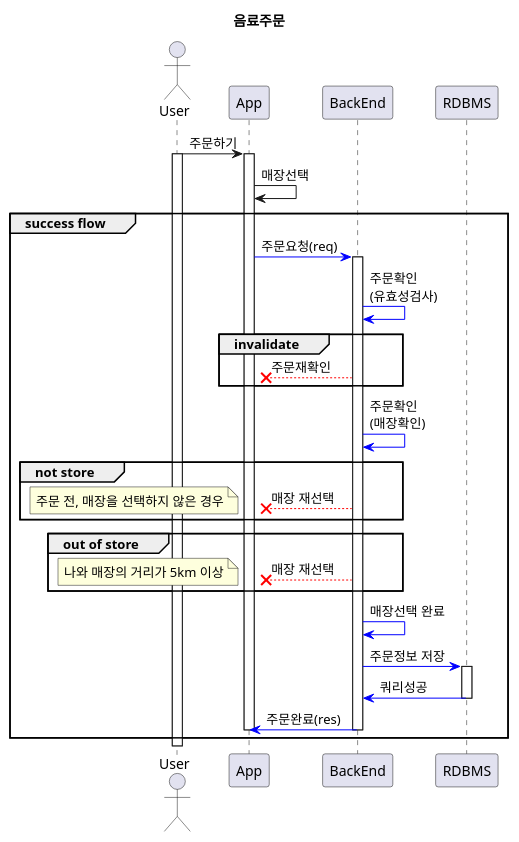
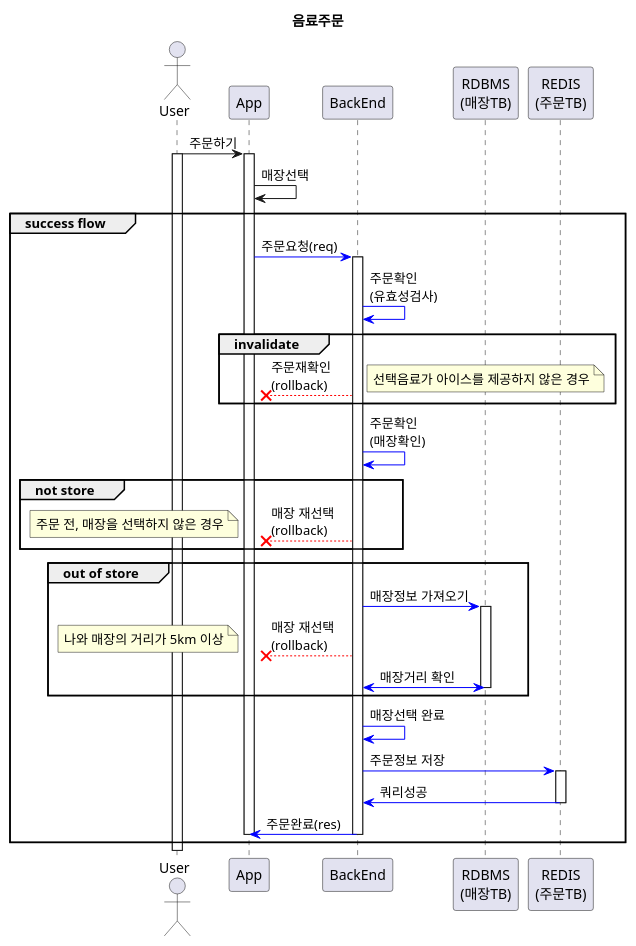
The diagram in Document/order/order.puml (f-lab-edu/starcoffee), drawn with PlantUML before and after one commit. The commit also changed 3 other files, not shown here.

Commit message:
Mentoring comment's - 결제 & 알림 UML

```diff
--- a/Document/order/order.puml
+++ b/Document/order/order.puml
@@ -1,44 +1,51 @@
 @startuml
 title 음료주문
 
 actor "User" as user
 participant "App" as app
 participant "BackEnd" as backend
-participant "RDBMS" as db
+participant "RDBMS\n(매장TB)" as db
+participant "REDIS\n(주문TB)" as redis
 
 
 user -> app : 주문하기
 activate user
 activate app
 app -> app : 매장선택
 group success flow
     app -[#blue]> backend : 주문요청(req)
     activate backend
     backend -[#blue]> backend : 주문확인\n(유효성검사)
 
     group invalidate
-        backend --[#red]x app : 주문재확인
+        backend --[#red]x app : 주문재확인\n(rollback)
+        note right : 선택음료가 아이스를 제공하지 않은 경우
     end
 
     backend -[#blue]> backend : 주문확인\n(매장확인)
 
     group not store
-        backend --[#red]x app : 매장 재선택
+        backend --[#red]x app : 매장 재선택\n(rollback)
         note left : 주문 전, 매장을 선택하지 않은 경우
     end
 
     group out of store
-        backend --[#red]x app : 매장 재선택
+        backend -[#blue]> db : 매장정보 가져오기
+        activate db
+        backend --[#red]x app : 매장 재선택\n(rollback)
         note left : 나와 매장의 거리가 5km 이상
+        db <-[#blue]>backend : 매장거리 확인
+        deactivate db
+
     end
 
     backend -[#blue]> backend : 매장선택 완료
-    backend -[#blue]> db : 주문정보 저장
-    activate db
-    db -[#blue]> backend : 쿼리성공
-    deactivate db
+    backend -[#blue]> redis : 주문정보 저장
+    activate redis
+    redis -[#blue]> backend : 쿼리성공
+    deactivate redis
     backend -[#blue]> app : 주문완료(res)
     deactivate backend
     deactivate app
 end
 @enduml
```
